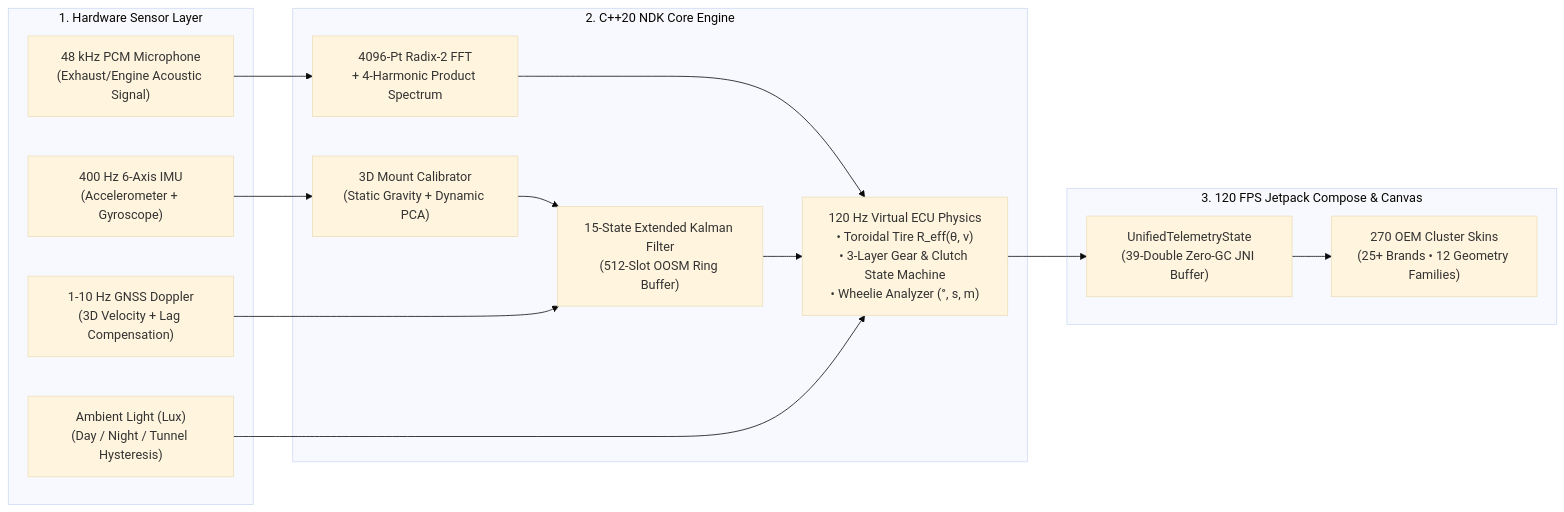
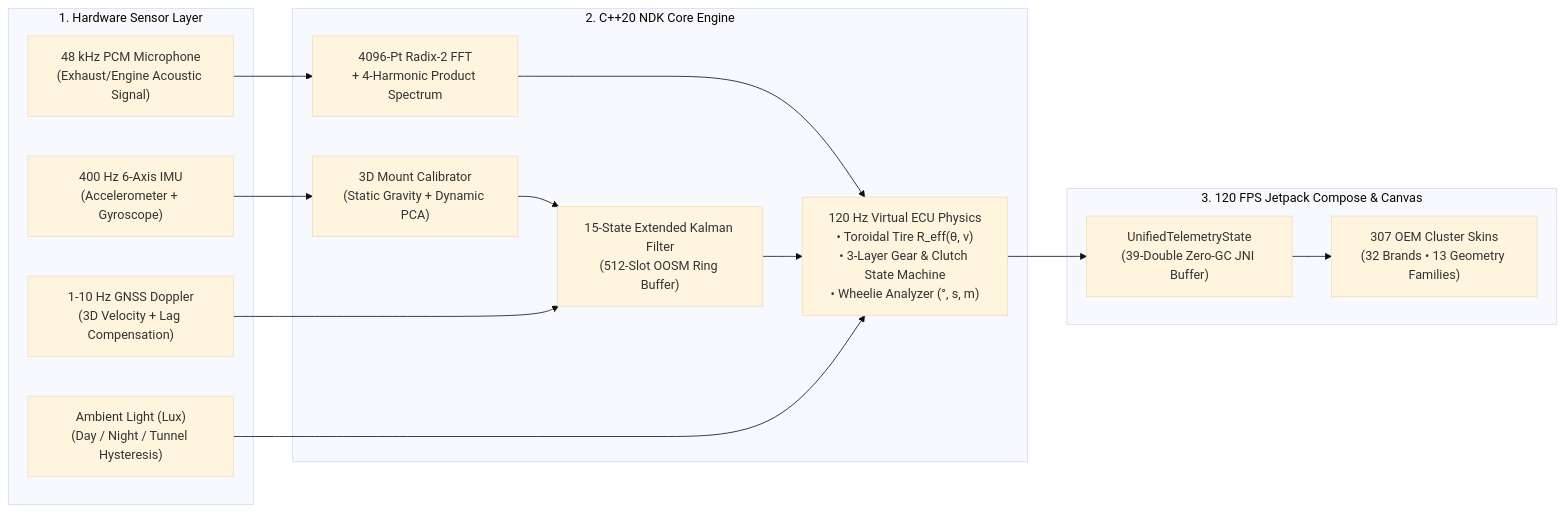
One commit to umitsTASCI/MotoCross changed the diagram in README.md. Above: the diagram before and after it, drawn with Mermaid (base theme). The commit also changed other lines of this file and 28 other files, not shown here.

First line of the commit message:
feat(v5): 307 OEM clusters/32 brands, KTM Gen3 1:1 redraw, dial scale calibration, per-family layouts

````diff
--- a/README.md
+++ b/README.md
@@ -106,28 +117,28 @@
 ```mermaid
 flowchart LR
     subgraph SENSORS["1. Hardware Sensor Layer"]
         IMU["400 Hz 6-Axis IMU\n(Accelerometer + Gyroscope)"]
         GNSS["1-10 Hz GNSS Doppler\n(3D Velocity + Lag Compensation)"]
         MIC["48 kHz PCM Microphone\n(Exhaust/Engine Acoustic Signal)"]
         LUX["Ambient Light (Lux)\n(Day / Night / Tunnel Hysteresis)"]
     end
 
     subgraph NDK["2. C++20 NDK Core Engine"]
         CAL["3D Mount Calibrator\n(Static Gravity + Dynamic PCA)"]
         EKF["15-State Extended Kalman Filter\n(512-Slot OOSM Ring Buffer)"]
         FFT["4096-Pt Radix-2 FFT\n+ 4-Harmonic Product Spectrum"]
         ECU["120 Hz Virtual ECU Physics\n• Toroidal Tire R_eff(θ, v)\n• 3-Layer Gear & Clutch State Machine\n• Wheelie Analyzer (°, s, m)"]
     end
 
     subgraph UI["3. 120 FPS Jetpack Compose & Canvas"]
         STATE["UnifiedTelemetryState\n(39-Double Zero-GC JNI Buffer)"]
-        SKINS["270 OEM Cluster Skins\n(25+ Brands • 12 Geometry Families)"]
+        SKINS["307 OEM Cluster Skins\n(32 Brands • 13 Geometry Families)"]
     end
 
     IMU --> CAL --> EKF
     GNSS --> EKF
     MIC --> FFT --> ECU
     EKF --> ECU
     LUX --> ECU
     ECU --> STATE --> SKINS
 ```
````
